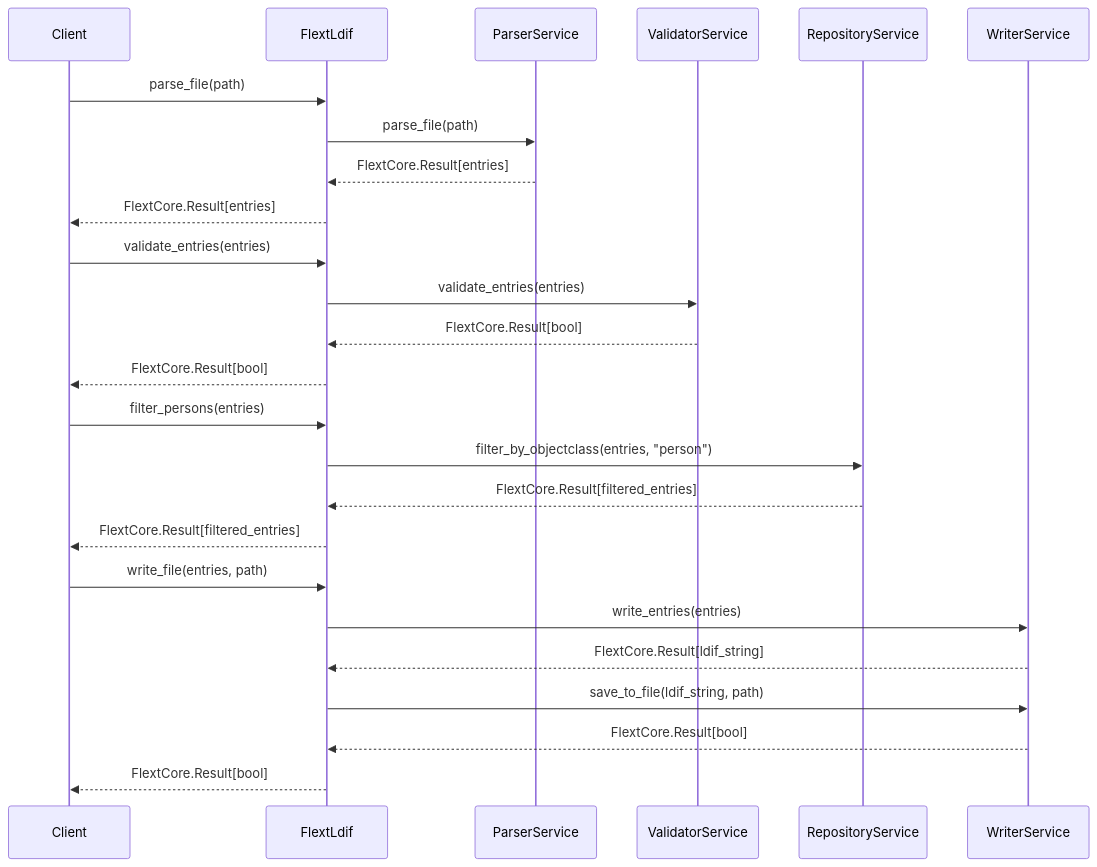
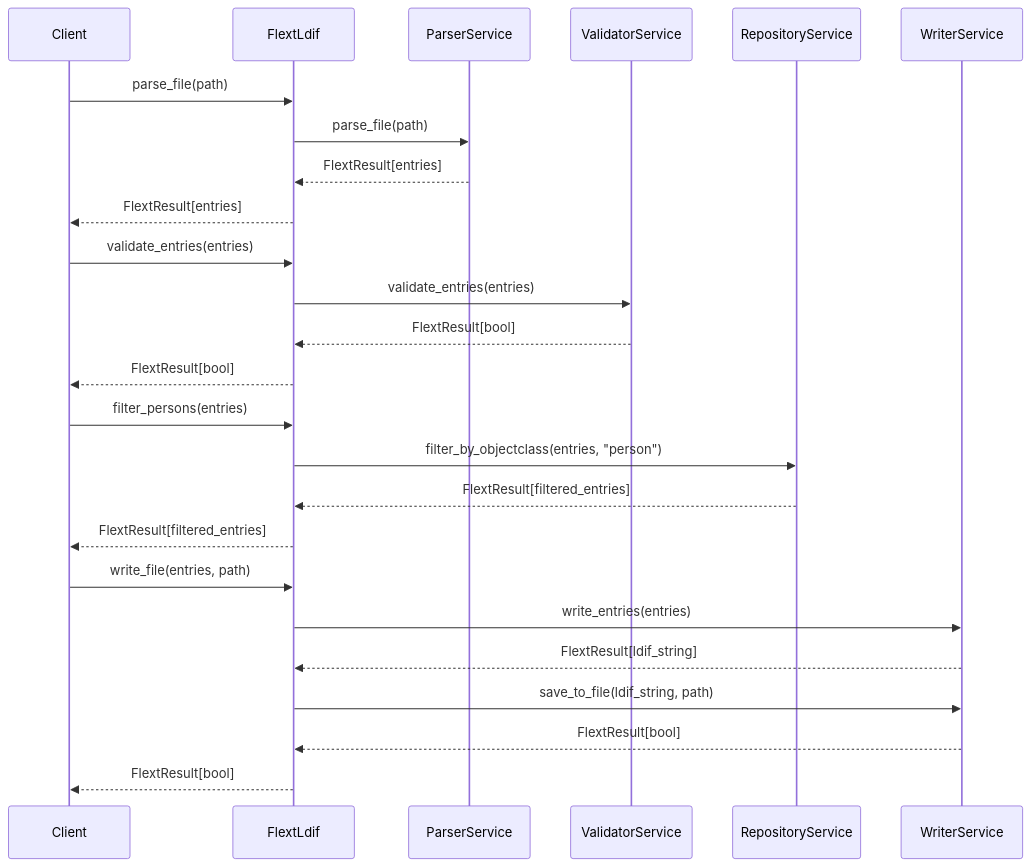
One commit to flext-sh/flext-ldif changed the second of 4 diagrams in docs/architecture.md. Above: the diagram before and after it, drawn with Mermaid. The commit also changed other lines of this file and 153 other files, not shown here.

````diff
--- a/docs/architecture.md
+++ b/docs/architecture.md
@@ -401,31 +401,31 @@
 ```mermaid
 sequenceDiagram
     participant Client
     participant API as FlextLdif
     participant Parser as ParserService
     participant Validator as ValidatorService
     participant Repository as RepositoryService
     participant Writer as WriterService
 
     Client->>API: parse_file(path)
     API->>Parser: parse_file(path)
-    Parser-->>API: FlextCore.Result[entries]
-    API-->>Client: FlextCore.Result[entries]
+    Parser-->>API: FlextResult[entries]
+    API-->>Client: FlextResult[entries]
 
     Client->>API: validate_entries(entries)
     API->>Validator: validate_entries(entries)
-    Validator-->>API: FlextCore.Result[bool]
-    API-->>Client: FlextCore.Result[bool]
+    Validator-->>API: FlextResult[bool]
+    API-->>Client: FlextResult[bool]
 
     Client->>API: filter_persons(entries)
     API->>Repository: filter_by_objectclass(entries, "person")
-    Repository-->>API: FlextCore.Result[filtered_entries]
-    API-->>Client: FlextCore.Result[filtered_entries]
+    Repository-->>API: FlextResult[filtered_entries]
+    API-->>Client: FlextResult[filtered_entries]
 
     Client->>API: write_file(entries, path)
     API->>Writer: write_entries(entries)
-    Writer-->>API: FlextCore.Result[ldif_string]
+    Writer-->>API: FlextResult[ldif_string]
     API->>Writer: save_to_file(ldif_string, path)
-    Writer-->>API: FlextCore.Result[bool]
-    API-->>Client: FlextCore.Result[bool]
+    Writer-->>API: FlextResult[bool]
+    API-->>Client: FlextResult[bool]
 ```
````
